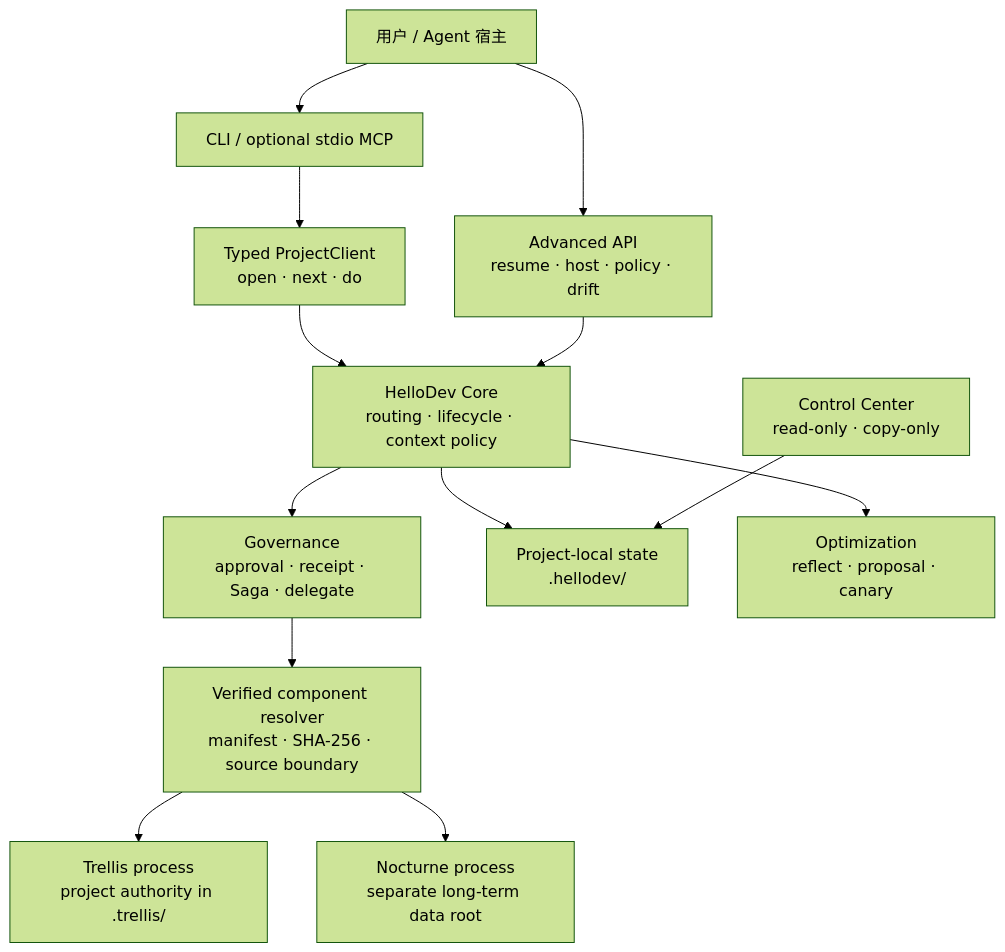
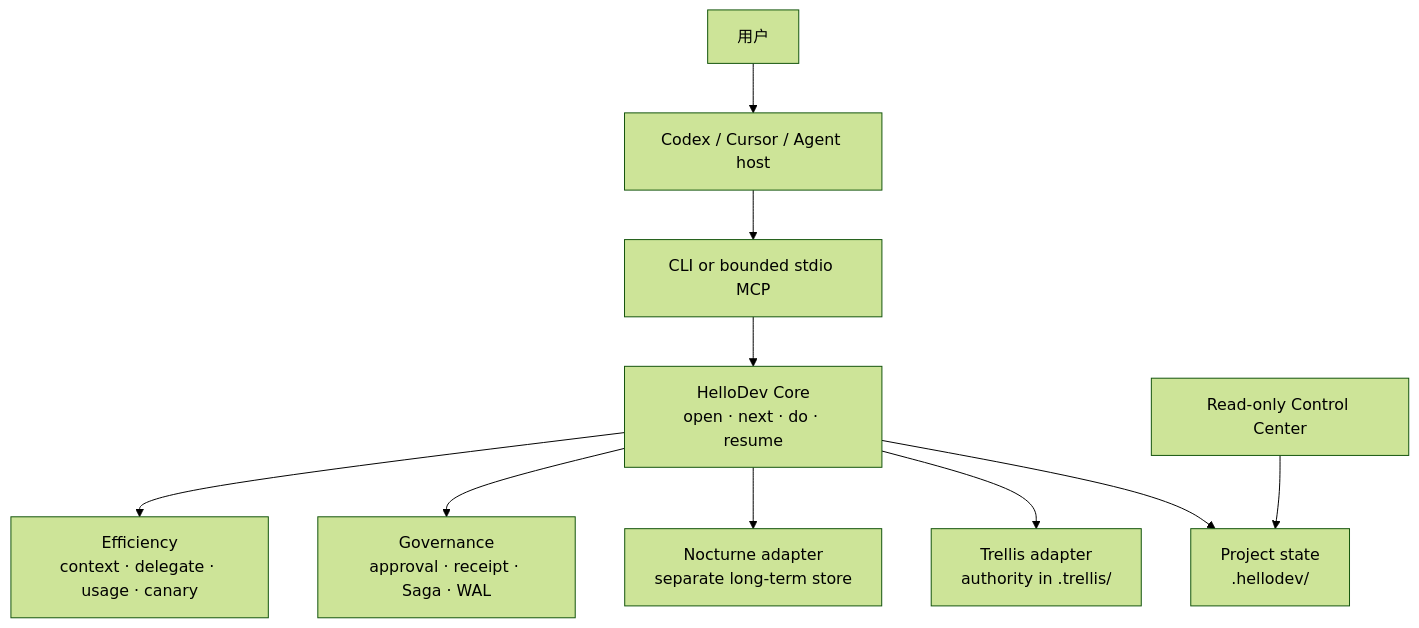
The diagram in README.md (fate-forever/hellodev), drawn with Mermaid (forest theme) before and after one commit. The commit also changed other lines of this file and 13 other files, not shown here.

````diff
--- a/README.md
+++ b/README.md
@@ -107,15 +163,12 @@
 ```mermaid
 flowchart TB
-    U["用户 / Agent 宿主"] --> X["CLI / optional stdio MCP"]
-    X --> D["Typed ProjectClient<br/>open · next · do"]
-    U --> A["Advanced API<br/>resume · host · policy · drift"]
-    D --> C["HelloDev Core<br/>routing · lifecycle · context policy"]
-    A --> C
-    C --> G["Governance<br/>approval · receipt · Saga · delegate"]
-    C --> S["Project-local state<br/>.hellodev/"]
-    G --> R["Verified component resolver<br/>manifest · SHA-256 · source boundary"]
-    R --> T["Trellis process<br/>project authority in .trellis/"]
-    R --> N["Nocturne process<br/>separate long-term data root"]
-    C --> O["Optimization<br/>reflect · proposal · canary"]
-    UI["Control Center<br/>read-only · copy-only"] --> S
+    U["用户"] --> H["Codex / Cursor / Agent host"]
+    H --> G["CLI or bounded stdio MCP"]
+    G --> C["HelloDev Core<br/>open · next · do · resume"]
+    C --> S["Project state<br/>.hellodev/"]
+    C --> T["Trellis adapter<br/>authority in .trellis/"]
+    C --> N["Nocturne adapter<br/>separate long-term store"]
+    C --> R["Governance<br/>approval · receipt · Saga · WAL"]
+    C --> O["Efficiency<br/>context · delegate · usage · canary"]
+    D["Read-only Control Center"] --> S
 ```
````
